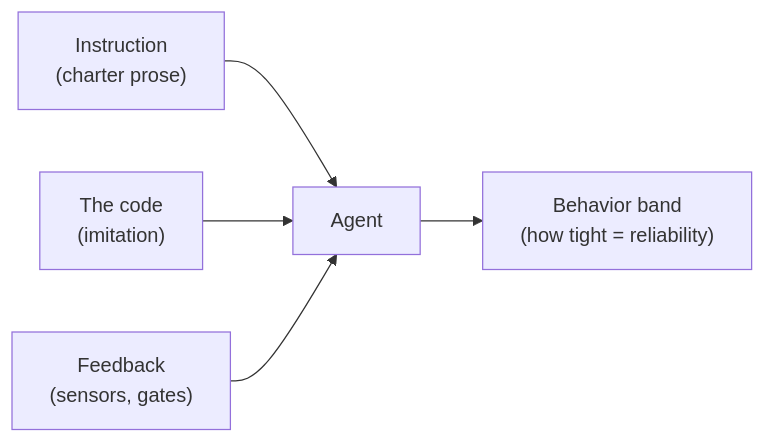
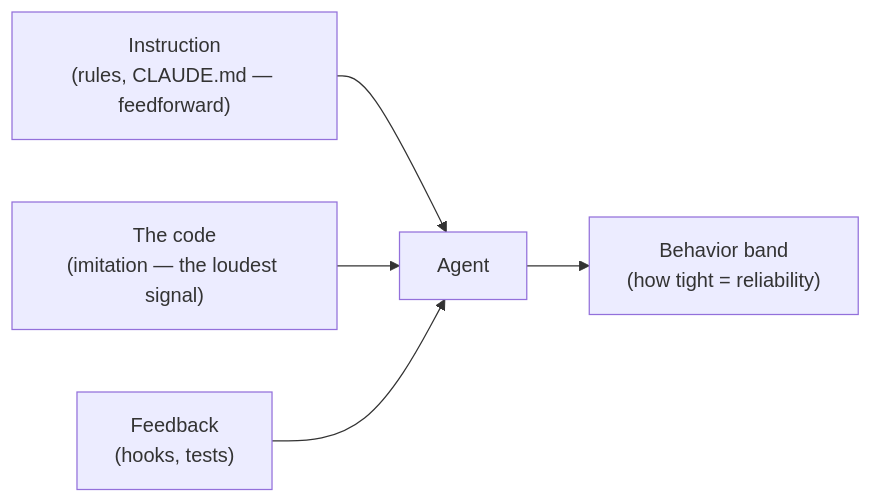
Before and after one commit to tacoda/workshop-junior-to-senior-full-day: the diagram in README.md, drawn with Mermaid. The commit also changed other lines of this file and 40 other files, not shown here.

````diff
--- a/README.md
+++ b/README.md
@@ -272,7 +360,7 @@
 ```mermaid
 flowchart LR
-    I["Instruction<br/>(charter prose)"] --> A[Agent]
-    C["The code<br/>(imitation)"] --> A
-    F["Feedback<br/>(sensors, gates)"] --> A
+    I["Instruction<br/>(rules, CLAUDE.md — feedforward)"] --> A[Agent]
+    C["The code<br/>(imitation — the loudest signal)"] --> A
+    F["Feedback<br/>(hooks, tests)"] --> A
     A --> B["Behavior band<br/>(how tight = reliability)"]
 ```
````
